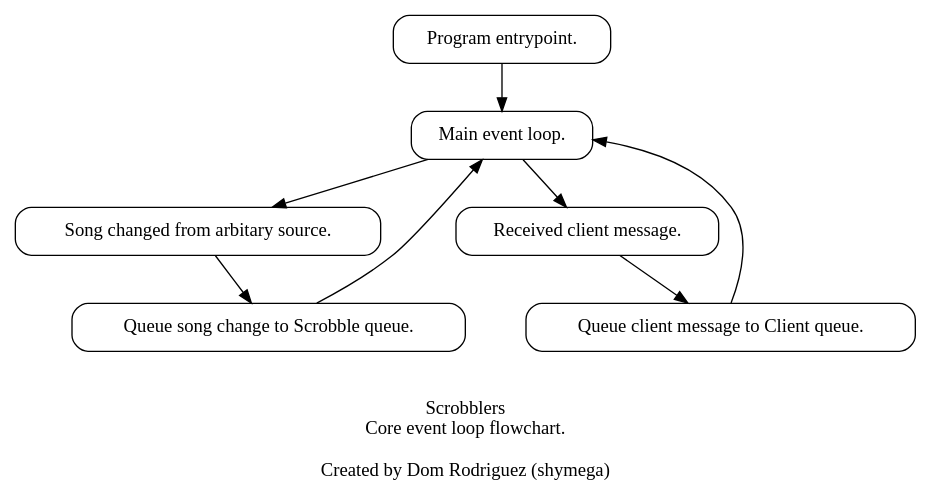
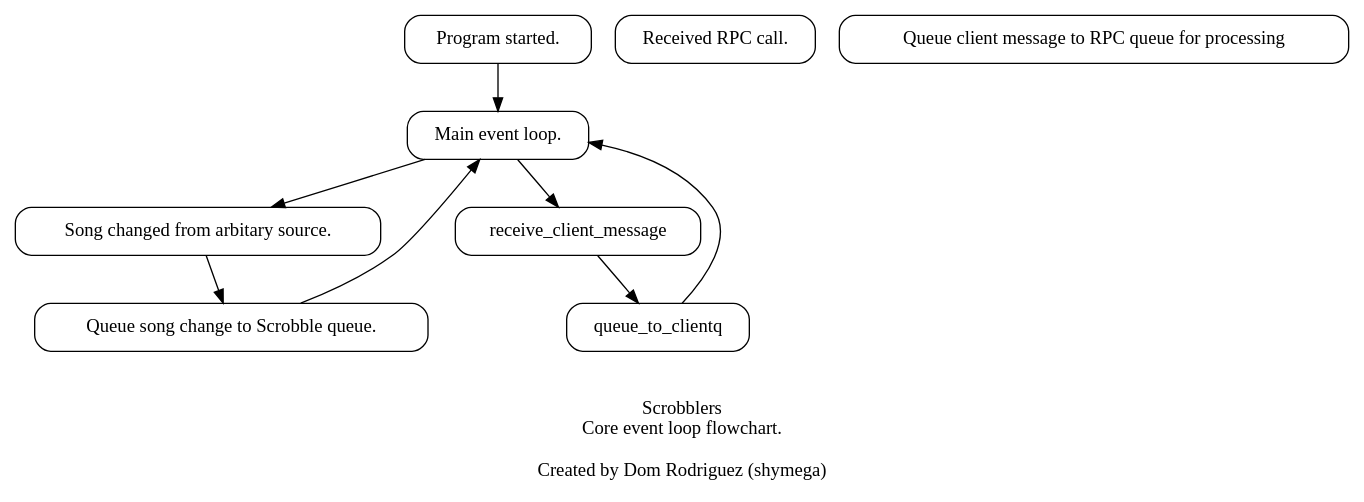
The diagram in docs/diagrams/main_event_loop/main_event_loop.dot (shymega/scrob), drawn with Graphviz before and after one commit. The commit also changed 3 other files, not shown here.

Commit message:
Update diagrams

```diff
--- a/docs/diagrams/main_event_loop/main_event_loop.dot
+++ b/docs/diagrams/main_event_loop/main_event_loop.dot
@@ -1,29 +1,29 @@
 digraph scrobblers {
     label = "\n\nScrobblers\nCore event loop flowchart.\n\nCreated by Dom Rodriguez (shymega)\n";
 
     rankdir = T;
     ranksep = 0.50;
     splines = true;
 
     node [
         shape = box
         style = rounded
     ];
 
-    app_start [label = "Program entrypoint."];
+    app_start [label = "Program started."]
     evt0_loop_start [label = "Main event loop."];
     
     song_changed [label="Song changed from arbitary source."];
 
     queue_to_scrobbleq [label="Queue song change to Scrobble queue."];
-    receive_client_message [label="Received client message."];
-    queue_to_clientq [label="Queue client message to Client queue."];
+    receive_rpc [label="Received RPC call."];
+    queue_to_rpcq [label="Queue client message to RPC queue for processing"];
 
     app_start -> evt0_loop_start;
 
     evt0_loop_start -> song_changed -> queue_to_scrobbleq;
     evt0_loop_start -> receive_client_message -> queue_to_clientq;
 
     queue_to_scrobbleq -> evt0_loop_start;
     queue_to_clientq -> evt0_loop_start;
 }
```
